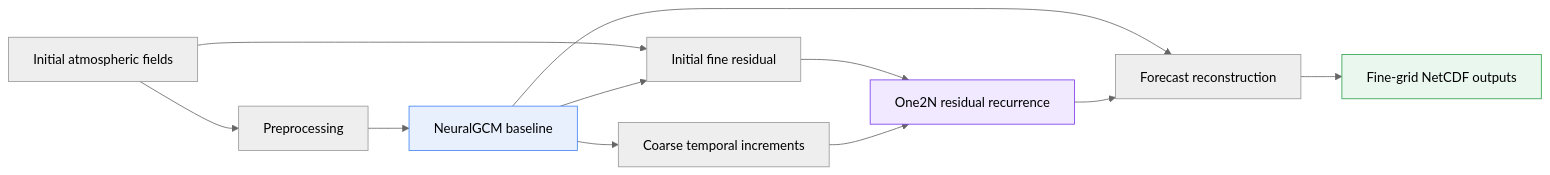
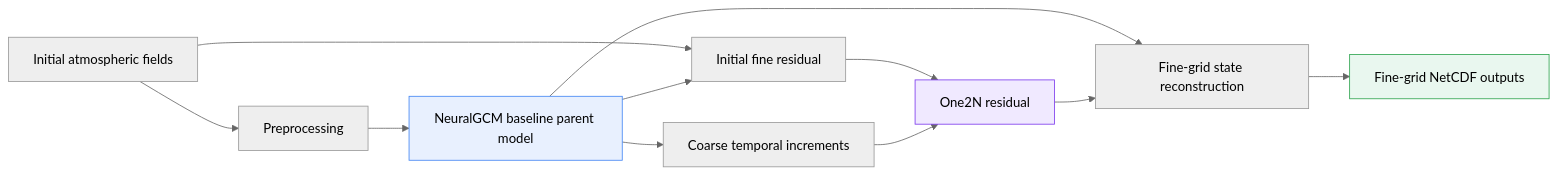
The diagram in README.md (tyyjoanna/One2N), drawn with Mermaid (neutral theme) before and after one commit. The commit also changed other lines of this file, not shown here.

````diff
--- a/README.md
+++ b/README.md
@@ -26,16 +26,16 @@
 ```mermaid
 flowchart LR
     A[Initial atmospheric fields] --> B[Preprocessing]
-    B --> C[NeuralGCM baseline]
+    B --> C[NeuralGCM baseline parent model]
     A --> D[Initial fine residual]
     C --> D
     C --> E[Coarse temporal increments]
-    D --> F[One2N residual recurrence]
+    D --> F[One2N residual]
     E --> F
-    C --> G[Forecast reconstruction]
+    C --> G[Fine-grid state reconstruction]
     F --> G
     G --> H[Fine-grid NetCDF outputs]
     style C fill:#e8f0fe,stroke:#4285f4
     style F fill:#f0e9ff,stroke:#7c3aed
     style H fill:#e9f7ef,stroke:#2ea44f
 ```
````
